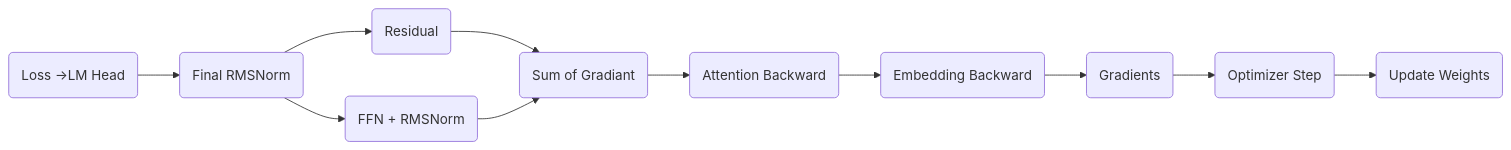
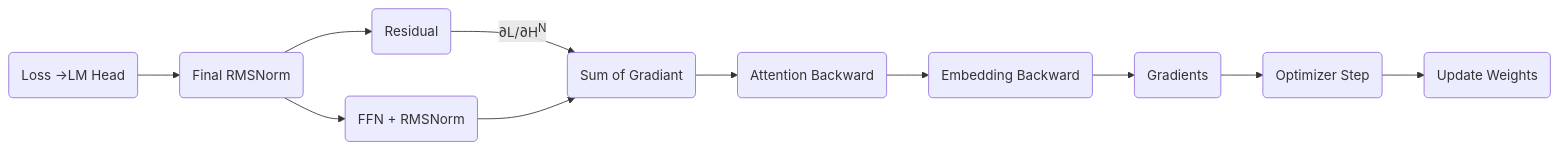
One commit to ChrisZhu2050/chriszhu2050.github.io changed diagram 24 of 24 in index.md. Above: the diagram before and after it, drawn with Mermaid.

````diff
--- a/index.md
+++ b/index.md
@@ -1133,27 +1133,27 @@
   ```mermaid
         flowchart LR
 
           a("Loss ->LM Head")
           c1("Final RMSNorm")
           b1("Residual")
           d("FFN + RMSNorm")
           d1("Sum of Gradiant")
           e("Attention Backward") 
           f("Embedding Backward")
           g("Gradients")
           z("Optimizer Step")
           y("Update Weights")
         
         a --> c1
         c1 --> d
         c1 --> b1
-        b1 --> d1
+        b1 -- ∂L/∂H<sup>N</sup>--> d1
         d --> d1
         d1 --> e
         e --> f
         f --> g
         g --> z
         z --> y
         
 
   ```  
````
